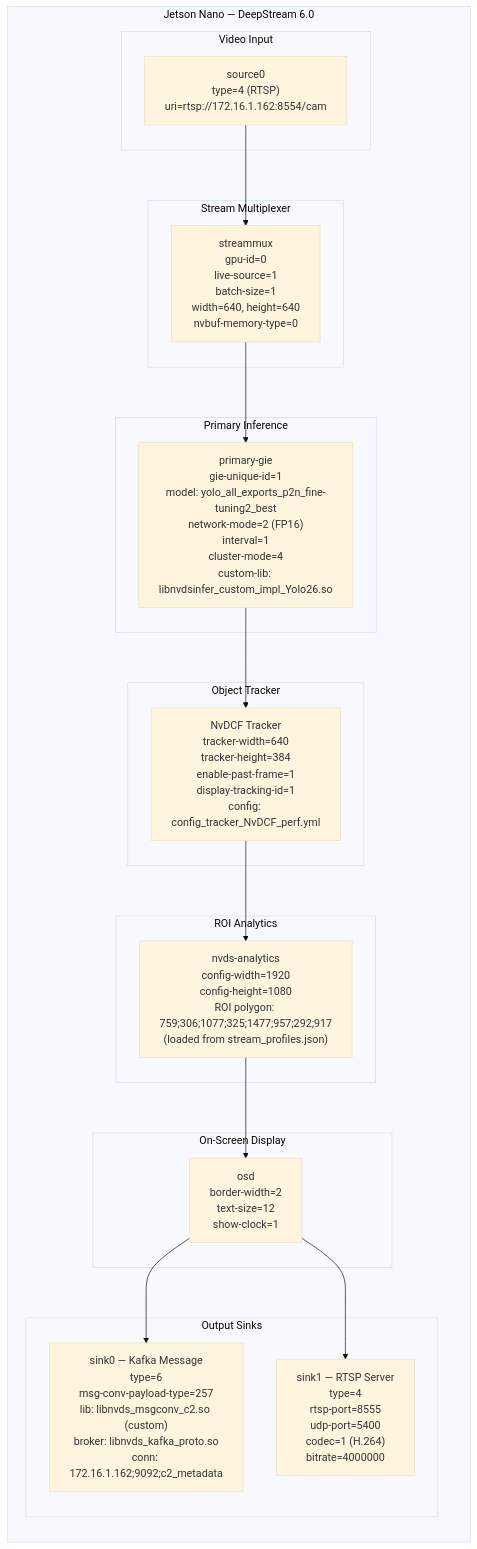
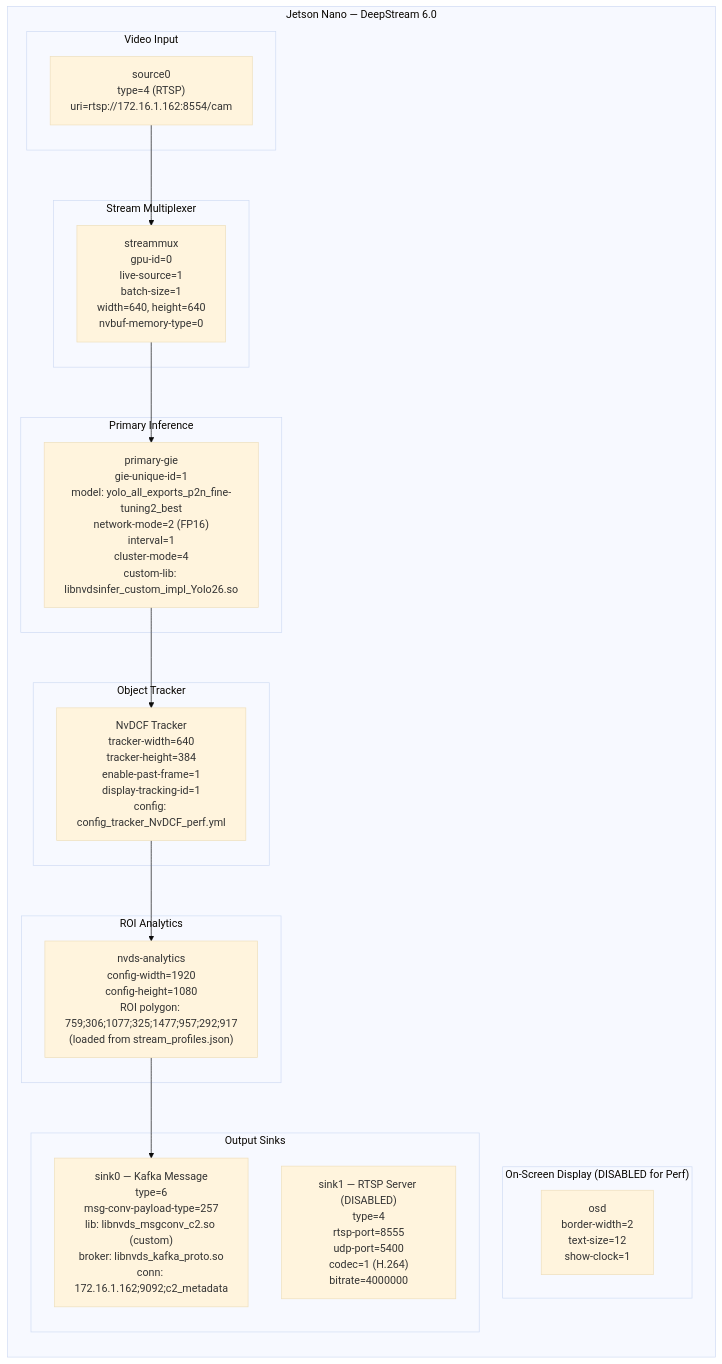
The diagram in c2_center/docs/01_EDGE_PIPELINE.md (Violetta147/ai-lab), drawn with Mermaid (base theme) before and after one commit. The commit also changed 2 other files, not shown here.

Commit message:
feat: disable osd, sink1

````diff
--- a/c2_center/docs/01_EDGE_PIPELINE.md
+++ b/c2_center/docs/01_EDGE_PIPELINE.md
@@ -6,39 +6,38 @@
 ```mermaid
 flowchart TD
     subgraph EDGE ["Jetson Nano — DeepStream 6.0"]
         direction TB
 
         subgraph INPUT ["Video Input"]
             SRC0["source0\ntype=4 (RTSP)\nuri=rtsp://172.16.1.162:8554/cam"]
         end
 
         subgraph MUX ["Stream Multiplexer"]
             SM["streammux\ngpu-id=0\nlive-source=1\nbatch-size=1\nwidth=640, height=640\nnvbuf-memory-type=0"]
         end
 
         subgraph INFERENCE ["Primary Inference"]
             PGIE["primary-gie\ngie-unique-id=1\nmodel: yolo_all_exports_p2n_fine-tuning2_best\nnetwork-mode=2 (FP16)\ninterval=1\ncluster-mode=4\ncustom-lib: libnvdsinfer_custom_impl_Yolo26.so"]
         end
 
         subgraph TRACKING ["Object Tracker"]
             TRACKER["NvDCF Tracker\ntracker-width=640\ntracker-height=384\nenable-past-frame=1\ndisplay-tracking-id=1\nconfig: config_tracker_NvDCF_perf.yml"]
         end
 
         subgraph ZONE_FILTER ["ROI Analytics"]
             NVDA["nvds-analytics\nconfig-width=1920\nconfig-height=1080\nROI polygon: 759;306;1077;325;1477;957;292;917\n(loaded from stream_profiles.json)"]
         end
 
-        subgraph OSD_LAYER ["On-Screen Display"]
+        subgraph OSD_LAYER ["On-Screen Display (DISABLED for Perf)"]
             OSD["osd\nborder-width=2\ntext-size=12\nshow-clock=1"]
         end
 
         subgraph SINKS ["Output Sinks"]
             SINK0["sink0 — Kafka Message\ntype=6\nmsg-conv-payload-type=257\nlib: libnvds_msgconv_c2.so (custom)\nbroker: libnvds_kafka_proto.so\nconn: 172.16.1.162;9092;c2_metadata"]
-            SINK1["sink1 — RTSP Server\ntype=4\nrtsp-port=8555\nudp-port=5400\ncodec=1 (H.264)\nbitrate=4000000"]
+            SINK1["sink1 — RTSP Server (DISABLED)\ntype=4\nrtsp-port=8555\nudp-port=5400\ncodec=1 (H.264)\nbitrate=4000000"]
         end
 
-        SRC0 --> SM --> PGIE --> TRACKER --> NVDA --> OSD
-        OSD --> SINK0
-        OSD --> SINK1
+        SRC0 --> SM --> PGIE --> TRACKER --> NVDA
+        NVDA --> SINK0
     end
 ```
````
